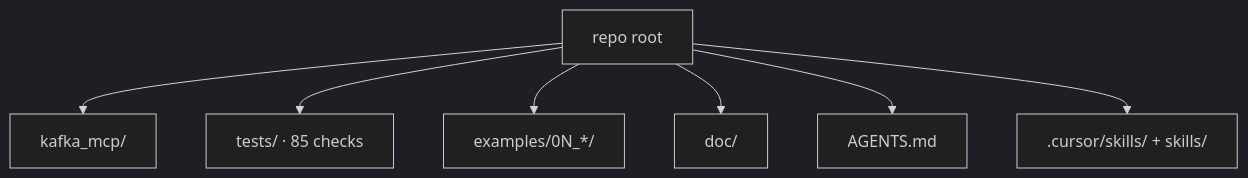
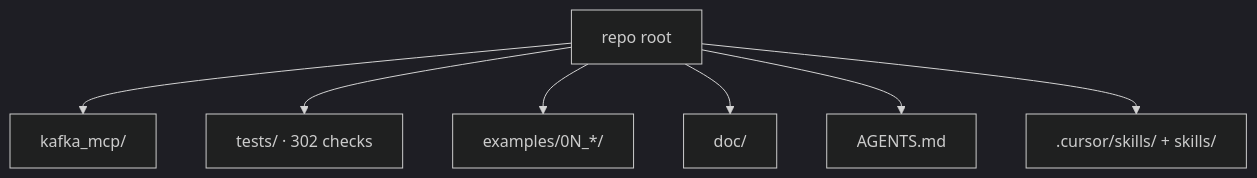
One commit to vaquarkhan/kafka-mcp-enterprise-server changed the diagram in AGENTS.md. Above: the diagram before and after it, drawn with Mermaid (dark theme). The commit also changed other lines of this file and 44 other files, not shown here.

````diff
--- a/AGENTS.md
+++ b/AGENTS.md
@@ -24,10 +25,10 @@
 ```mermaid
 flowchart TB
   root["repo root"]
   root --> pkg["kafka_mcp/"]
-  root --> tests["tests/ · 85 checks"]
+  root --> tests["tests/ · 302 checks"]
   root --> ex["examples/0N_*/"]
   root --> docs["doc/"]
   root --> agents["AGENTS.md"]
   root --> skills[".cursor/skills/ + skills/"]
 ```
````
